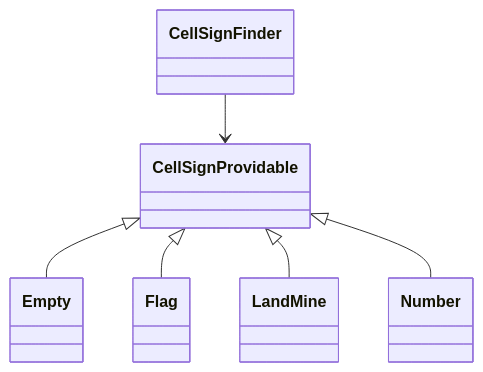
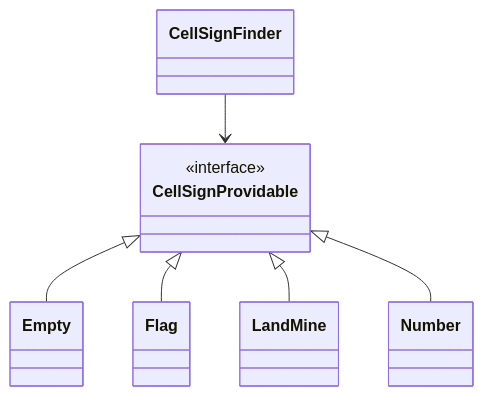
One commit to khghouse/study changed the diagram in inflearn/Readable Code 읽기 좋은 코드를 작성하는 사고법/05. 객체 지향 적용하기.md. Above: the diagram before and after it, drawn with Mermaid.

Commit message:
UML 다이어그램 (Mermaid) 테스트

````diff
--- a/inflearn/Readable Code 읽기 좋은 코드를 작성하는 사고법/05. 객체 지향 적용하기.md
+++ b/inflearn/Readable Code 읽기 좋은 코드를 작성하는 사고법/05. 객체 지향 적용하기.md
@@ -113,11 +113,13 @@
 ```mermaid
 classDiagram
     class CellSignFinder
-    class CellSignProvidable
+    class CellSignProvidable {
+        <<interface>>
+    }
     
     CellSignFinder --> CellSignProvidable
     CellSignProvidable <|-- Empty
     CellSignProvidable <|-- Flag
     CellSignProvidable <|-- LandMine
     CellSignProvidable <|-- Number
 ```
````
